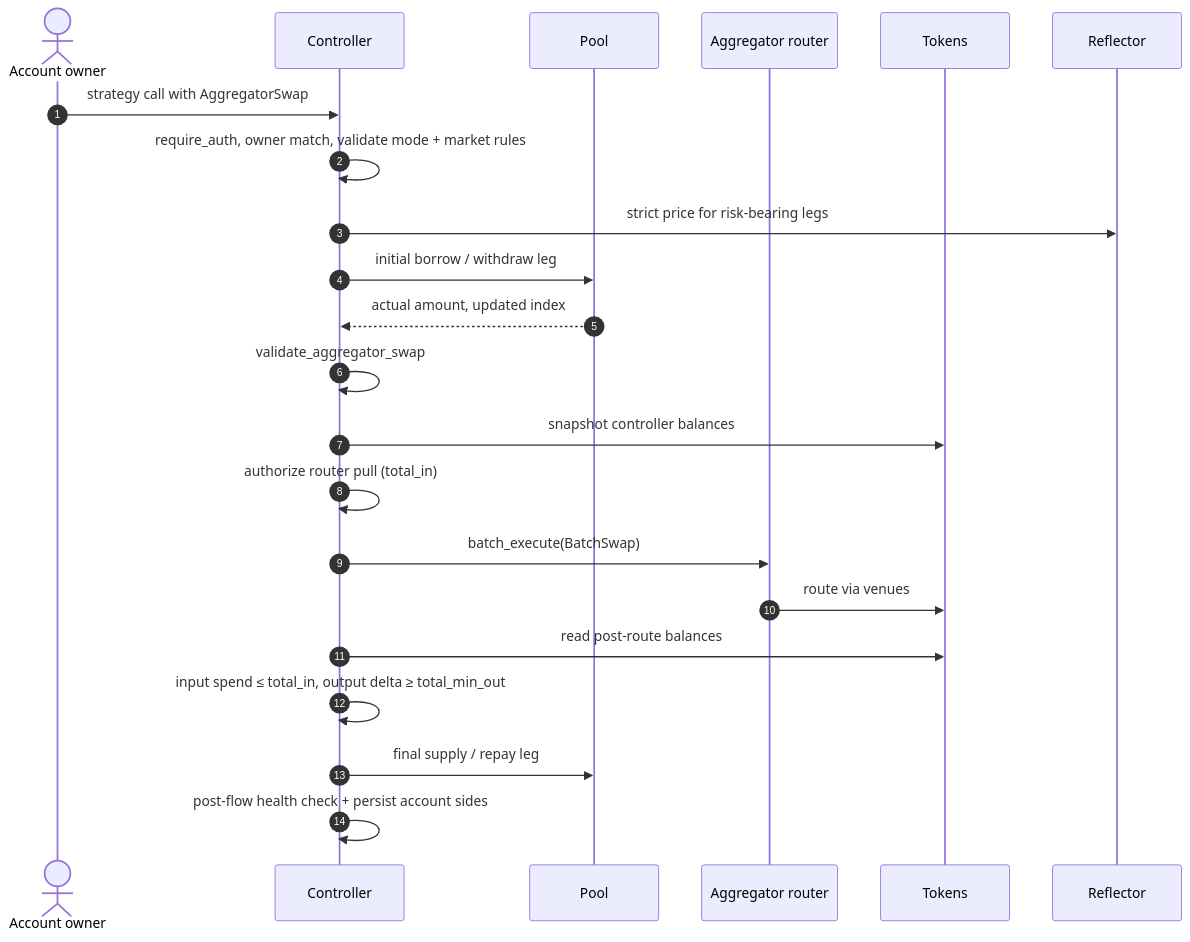
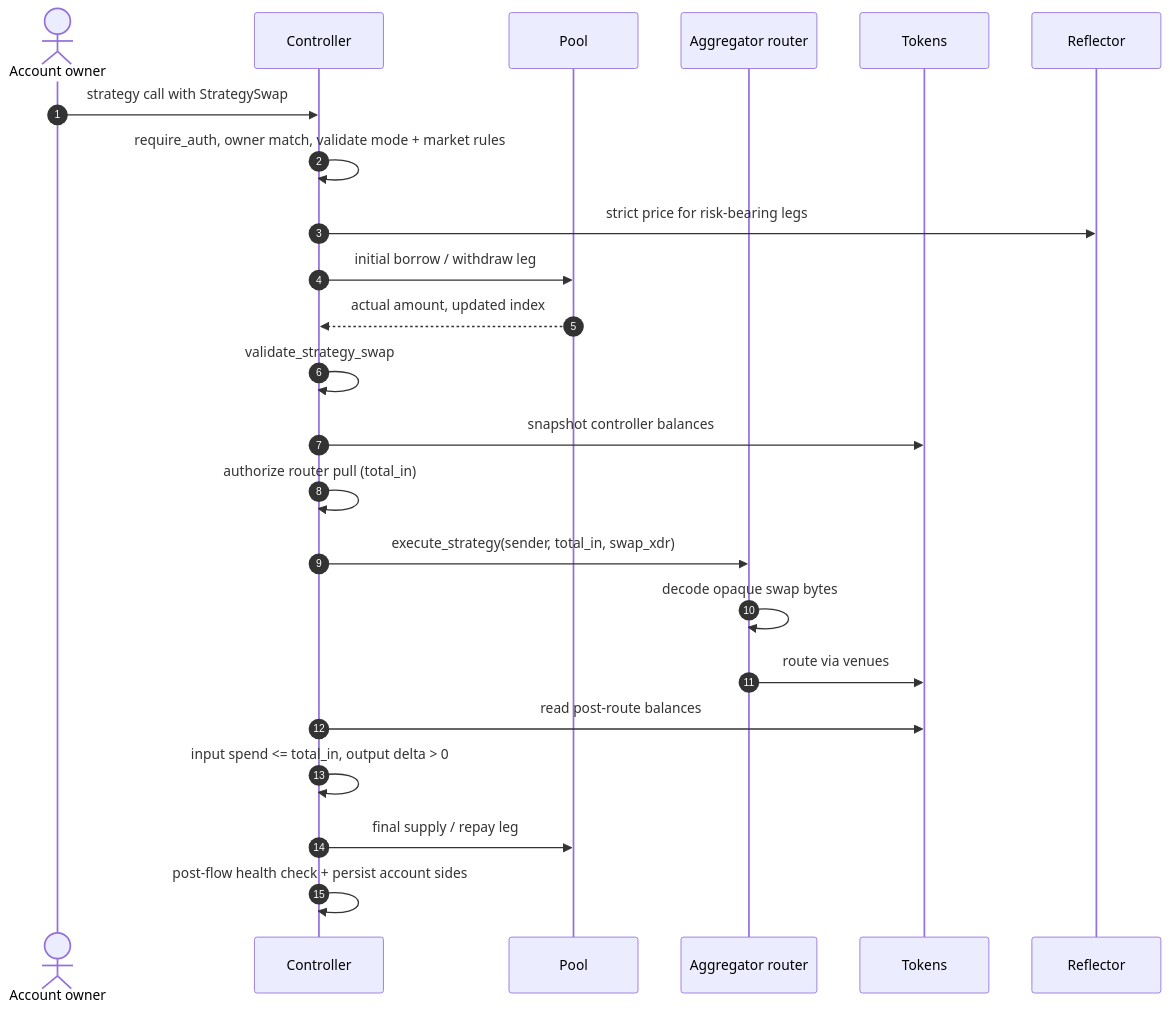
Before and after one commit to XOXNO/rs-lending-xlm: the eighth of 14 diagrams in SCF_BUILD_ARCHITECTURE.md, drawn with Mermaid. The commit also changed other lines of this file and 40 other files, not shown here.

````diff
--- a/SCF_BUILD_ARCHITECTURE.md
+++ b/SCF_BUILD_ARCHITECTURE.md
@@ -746,25 +738,26 @@
 ```mermaid
 sequenceDiagram
     autonumber
     actor U as Account owner
     participant C as Controller
     participant P as Pool
     participant R as Aggregator router
     participant T as Tokens
     participant O as Reflector
 
-    U->>C: strategy call with AggregatorSwap
+    U->>C: strategy call with StrategySwap
     C->>C: require_auth, owner match, validate mode + market rules
     C->>O: strict price for risk-bearing legs
     C->>P: initial borrow / withdraw leg
     P-->>C: actual amount, updated index
-    C->>C: validate_aggregator_swap
+    C->>C: validate_strategy_swap
     C->>T: snapshot controller balances
     C->>C: authorize router pull (total_in)
-    C->>R: batch_execute(BatchSwap)
+    C->>R: execute_strategy(sender, total_in, swap_xdr)
+    R->>R: decode opaque swap bytes
     R->>T: route via venues
     C->>T: read post-route balances
-    C->>C: input spend ≤ total_in, output delta ≥ total_min_out
+    C->>C: input spend <= total_in, output delta > 0
     C->>P: final supply / repay leg
     C->>C: post-flow health check + persist account sides
 ```
````
